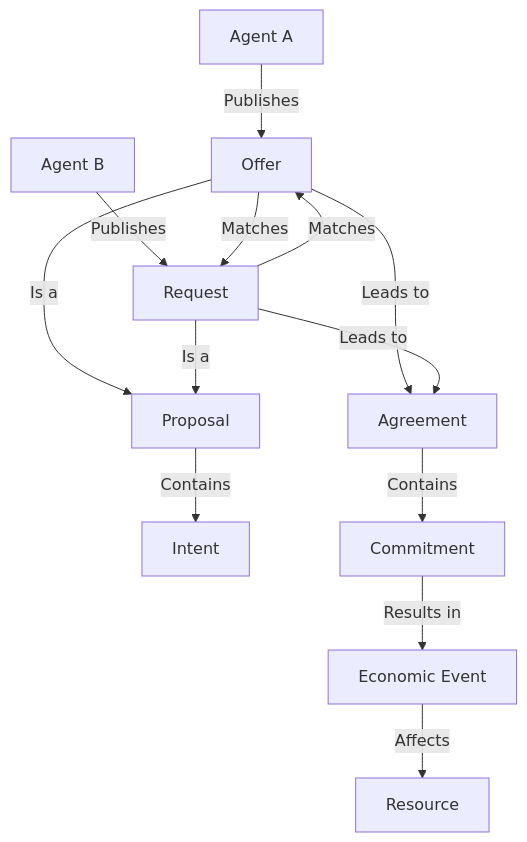
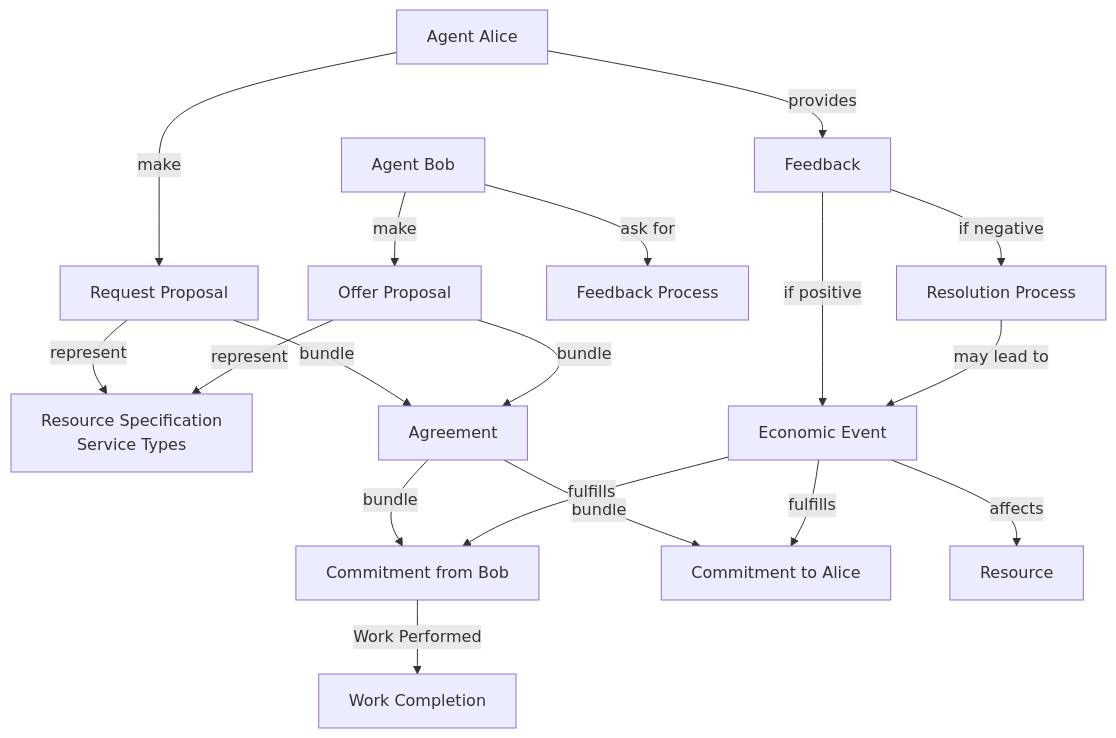
Before and after one commit to happenings-community/requests-and-offers: the diagram in documentation/architecture/hrea-integration.md, drawn with Mermaid. The commit also changed other lines of this file and 2 other files, not shown here.

First line of the commit message:
doc(architecture): enhance hREA integration documentation with feedback mechanisms and service types

````diff
--- a/documentation/architecture/hrea-integration.md
+++ b/documentation/architecture/hrea-integration.md
@@ -30,26 +75,39 @@
 ```mermaid
 graph TD
-    %% Agents
-    A[Agent A] -- Publishes --> O[Offer]
-    B[Agent B] -- Publishes --> R[Request]
-
-    %% Proposals and Intents
-    O[Offer] -- Is a --> P[Proposal]
-    R[Request] -- Is a --> P[Proposal]
-    P[Proposal] -- Contains --> I[Intent]
-
-    %% Matching Process
-    O[Offer] -- Matches --> R[Request]
-    R[Request] -- Matches --> O[Offer]
-
+    %% Agents and Initial Actions
+    A[Agent Alice] -- make --> R[Request Proposal]
+    B[Agent Bob] -- make --> O[Offer Proposal]
+    
+    %% Resource Specifications
+    R -- represent --> RS[Resource Specification<br/>Service Types]
+    O -- represent --> RS
+    
     %% Agreement Formation
-    O[Offer] -- Leads to --> AG[Agreement]
-    R[Request] -- Leads to --> AG[Agreement]
-
-    %% Commitments and Economic Events
-    AG[Agreement] -- Contains --> C[Commitment]
-    C[Commitment] -- Results in --> E[Economic Event]
-
-    %% Resource Flow
-    E[Economic Event] -- Affects --> RES[Resource]
+    R -- bundle --> AG[Agreement]
+    O -- bundle --> AG
+    AG -- bundle --> C1[Commitment from Bob]
+    AG -- bundle --> C2[Commitment to Alice]
+    
+    %% Work Completion and Feedback Request
+    C1 -- Work Performed --> WC[Work Completion]
+    B -- ask for --> FP[Feedback Process]
+    
+    %% Feedback Validation
+    A -- provides --> FB[Feedback]
+    FB -- if positive --> EE[Economic Event]
+    FB -- if negative --> RP[Resolution Process]
+    
+    %% Fulfillment
+    EE -- fulfills --> C1
+    EE -- fulfills --> C2
+    EE -- affects --> RES[Resource]
+    
+    %% Alternative Resolution
+    RP -- may lead to --> EE
+    
+    class A,B agent
+    class R,O proposal
+    class AG,C1,C2 agreement
+    class FP,FB feedback
+    class EE event
 ```
````
